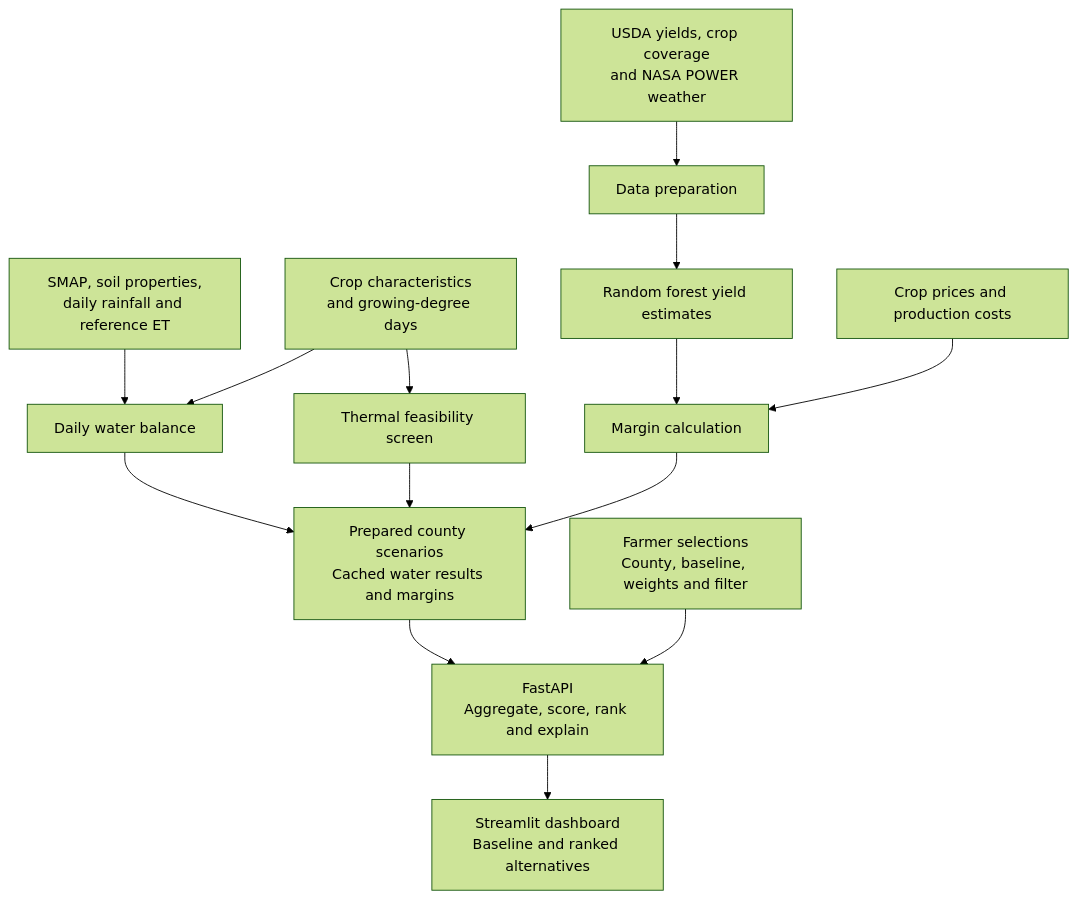
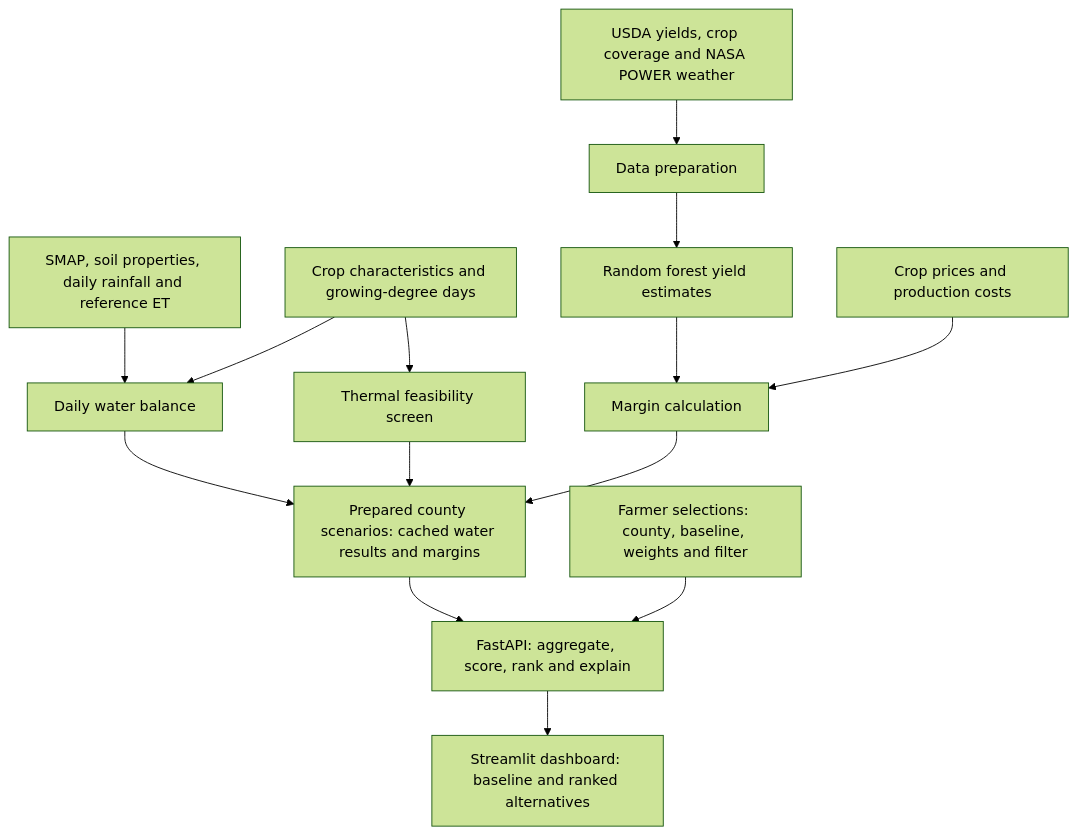
One commit to Simon-Higgins/Nasa-Farms-Philadelphia changed the diagram in README.md. Above: the diagram before and after it, drawn with Mermaid (forest theme). The commit also changed other lines of this file, not shown here.

````diff
--- a/README.md
+++ b/README.md
@@ -23,20 +7,20 @@
 ```mermaid
 flowchart TD
-    A["USDA yields, crop coverage<br/>and NASA POWER weather"] --> B["Data preparation"]
+    A["USDA yields, crop coverage and NASA POWER weather"] --> B["Data preparation"]
     B --> C["Random forest yield estimates"]
 
-    D["SMAP, soil properties,<br/>daily rainfall and reference ET"] --> E["Daily water balance"]
-    F["Crop characteristics<br/>and growing-degree days"] --> E
+    D["SMAP, soil properties, daily rainfall and reference ET"] --> E["Daily water balance"]
+    F["Crop characteristics and growing-degree days"] --> E
     F --> G["Thermal feasibility screen"]
 
     C --> H["Margin calculation"]
     I["Crop prices and production costs"] --> H
 
-    E --> J["Prepared county scenarios<br/>Cached water results and margins"]
+    E --> J["Prepared county scenarios: cached water results and margins"]
     G --> J
     H --> J
 
-    J --> K["FastAPI<br/>Aggregate, score, rank and explain"]
-    L["Farmer selections<br/>County, baseline, weights and filter"] --> K
-    K --> M["Streamlit dashboard<br/>Baseline and ranked alternatives"]
+    J --> K["FastAPI: aggregate, score, rank and explain"]
+    L["Farmer selections: county, baseline, weights and filter"] --> K
+    K --> M["Streamlit dashboard: baseline and ranked alternatives"]
 ```
````
